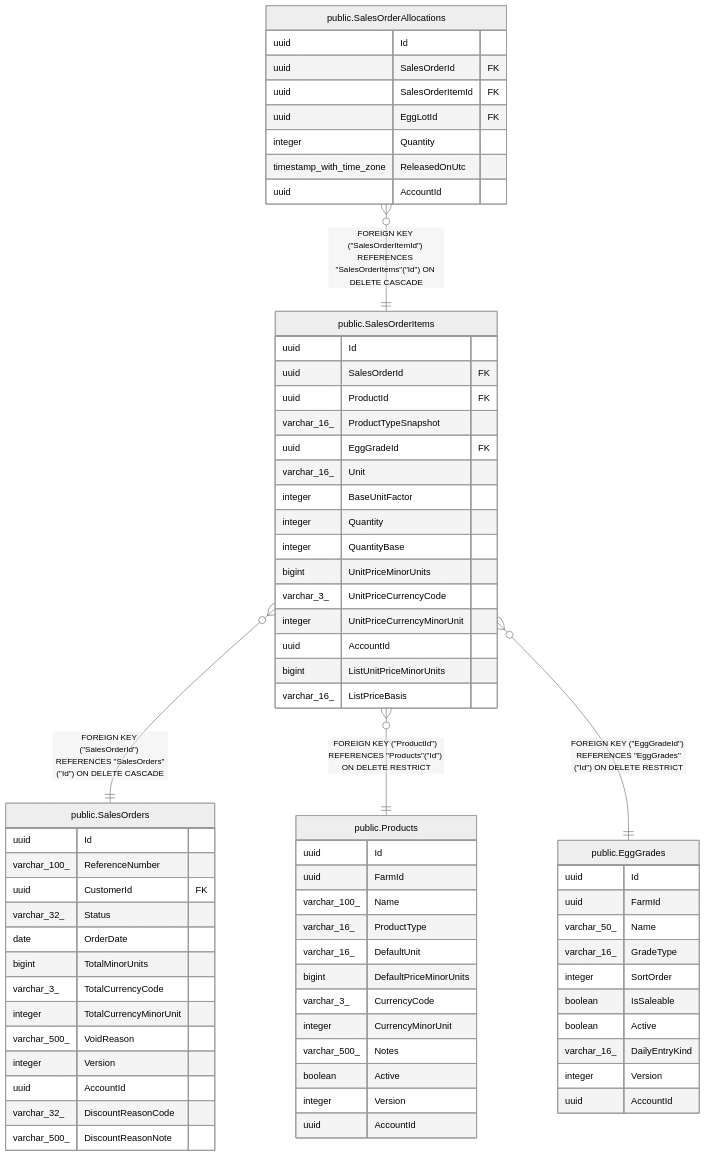
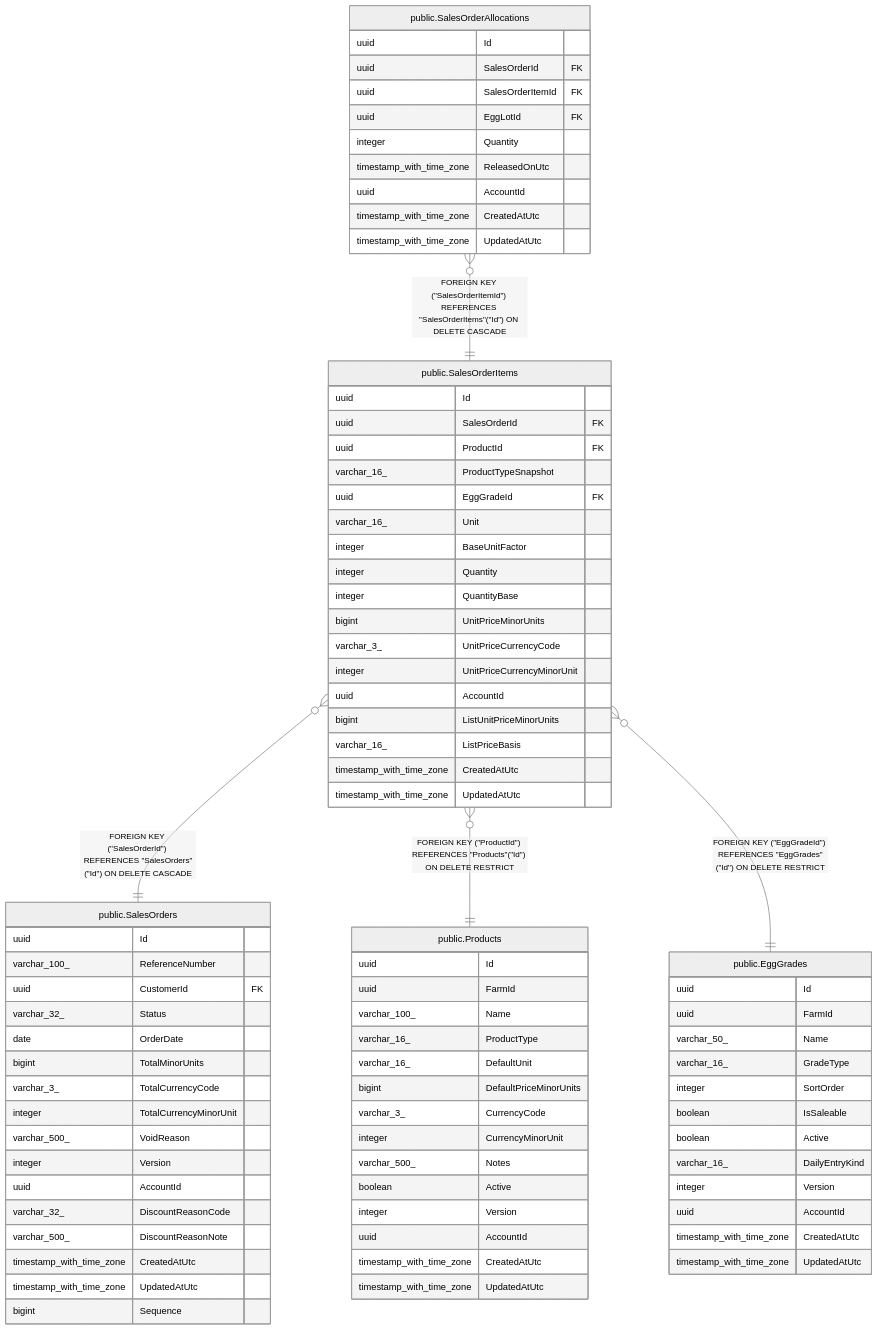
One commit to mforce/cluckwork changed the diagram in docs/schema/public.SalesOrderItems.md. Above: the diagram before and after it, drawn with Mermaid (neutral theme). The commit also changed other lines of this file and 105 other files, not shown here.

````diff
--- a/docs/schema/public.SalesOrderItems.md
+++ b/docs/schema/public.SalesOrderItems.md
@@ -84,6 +94,8 @@
   uuid AccountId
   bigint ListUnitPriceMinorUnits
   varchar_16_ ListPriceBasis
+  timestamp_with_time_zone CreatedAtUtc
+  timestamp_with_time_zone UpdatedAtUtc
 }
 "public.SalesOrderAllocations" {
   uuid Id
@@ -93,6 +105,8 @@
   integer Quantity
   timestamp_with_time_zone ReleasedOnUtc
   uuid AccountId
+  timestamp_with_time_zone CreatedAtUtc
+  timestamp_with_time_zone UpdatedAtUtc
 }
 "public.SalesOrders" {
   uuid Id
@@ -108,6 +122,9 @@
   uuid AccountId
   varchar_32_ DiscountReasonCode
   varchar_500_ DiscountReasonNote
+  timestamp_with_time_zone CreatedAtUtc
+  timestamp_with_time_zone UpdatedAtUtc
+  bigint Sequence
 }
 "public.Products" {
   uuid Id
@@ -122,6 +139,8 @@
   boolean Active
   integer Version
   uuid AccountId
+  timestamp_with_time_zone CreatedAtUtc
+  timestamp_with_time_zone UpdatedAtUtc
 }
 "public.EggGrades" {
   uuid Id
@@ -134,5 +153,7 @@
   varchar_16_ DailyEntryKind
   integer Version
   uuid AccountId
+  timestamp_with_time_zone CreatedAtUtc
+  timestamp_with_time_zone UpdatedAtUtc
 }
 ```
````
